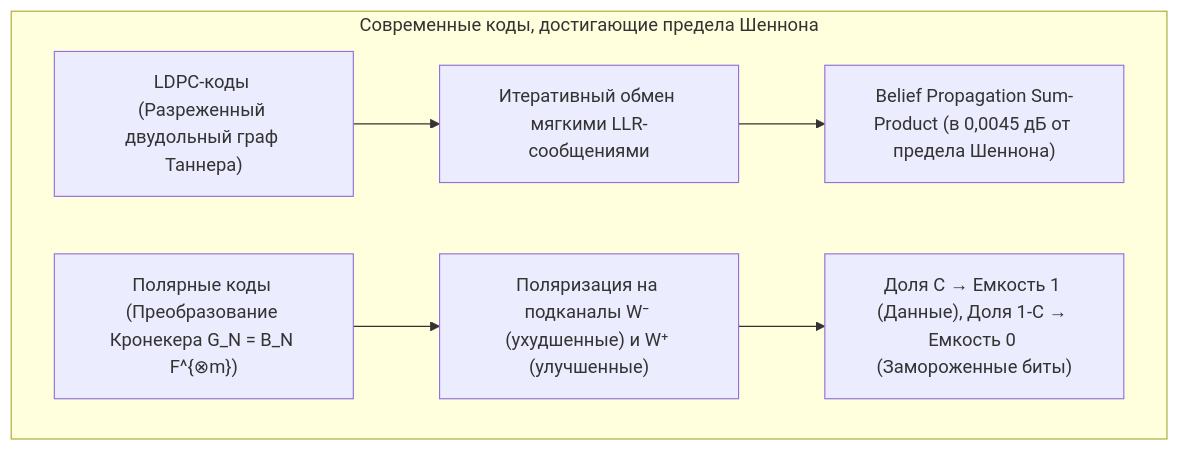
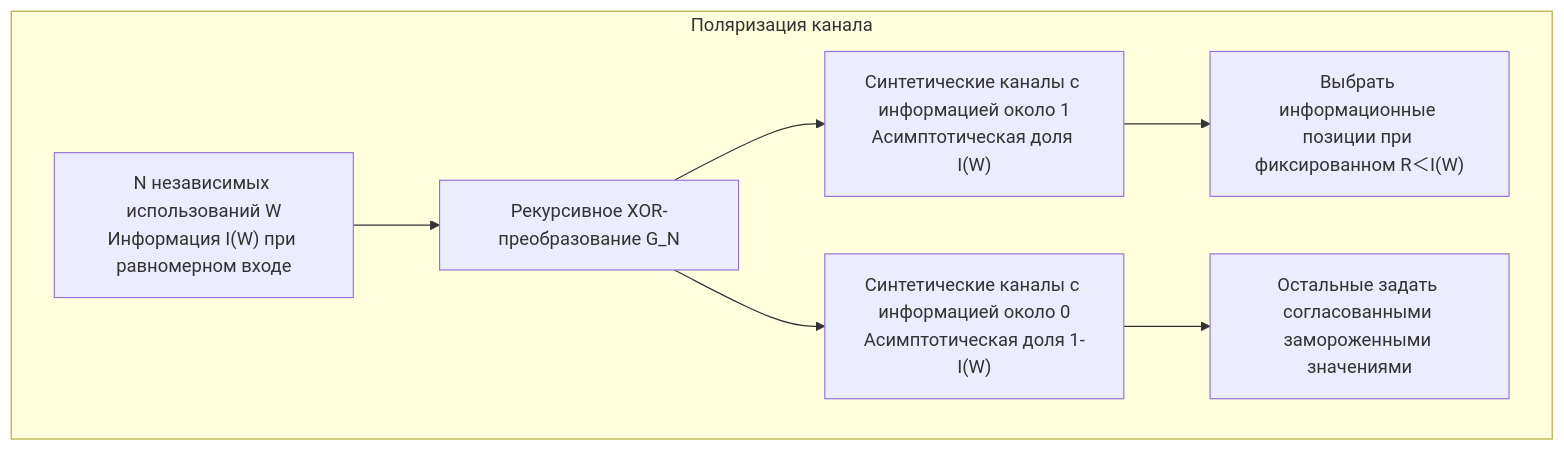
One commit to kenjinote/blog changed the fourth of 4 diagrams in content/post/error-correcting-codes-hamming-reed-solomon-ldpc-shannon-capacity-information-theory/index.ru.md. Above: the diagram before and after it, drawn with Mermaid. The commit also changed other lines of this file and 14 other files, not shown here.

````diff
--- a/content/post/error-correcting-codes-hamming-reed-solomon-ldpc-shannon-capacity-information-theory/index.ru.md
+++ b/content/post/error-correcting-codes-hamming-reed-solomon-ldpc-shannon-capacity-information-theory/index.ru.md
@@ -133,9 +508,10 @@
 ```mermaid
 flowchart TD
-    subgraph CapRU["Современные коды, достигающие предела Шеннона"]
-        L1["LDPC-коды (Разреженный двудольный граф Таннера)"] --> L2["Итеративный обмен мягкими LLR-сообщениями"]
-        L2 --> L3["Belief Propagation Sum-Product (в 0,0045 дБ от предела Шеннона)"]
-        P1["Полярные коды (Преобразование Кронекера G_N = B_N F^{⊗m})"] --> P2["Поляризация на подканалы W⁻ (ухудшенные) и W⁺ (улучшенные)"]
-        P2 --> P3["Доля C → Емкость 1 (Данные), Доля 1-C → Емкость 0 (Замороженные биты)"]
+    subgraph Polar["Поляризация канала"]
+        W["N независимых использований W<br/>Информация I(W) при равномерном входе"] --> Kron["Рекурсивное XOR-преобразование G_N"]
+        Kron --> Good["Синтетические каналы с информацией около 1<br/>Асимптотическая доля I(W)"]
+        Kron --> Bad["Синтетические каналы с информацией около 0<br/>Асимптотическая доля 1-I(W)"]
+        Good --> Info["Выбрать информационные позиции при фиксированном R＜I(W)"]
+        Bad --> Frozen["Остальные задать согласованными замороженными значениями"]
     end
 ```
````
